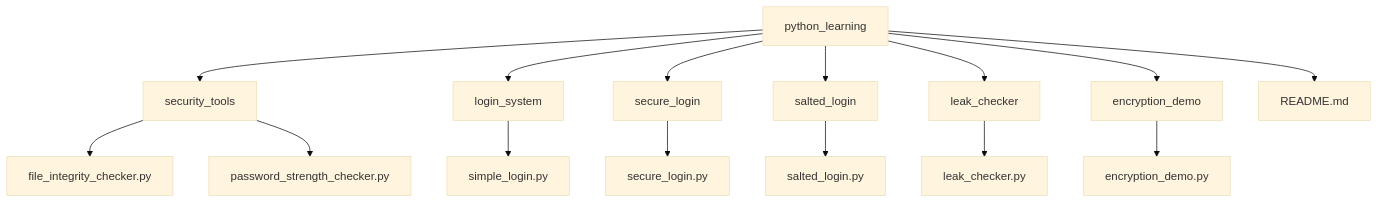
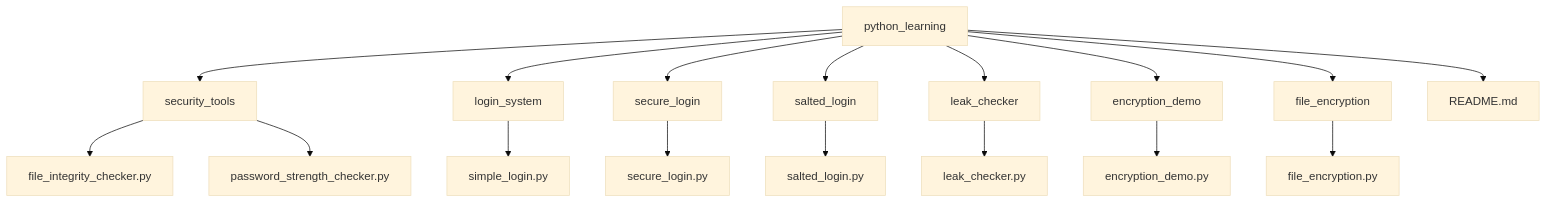
The diagram in README.md (Hawkins30/python_learning), drawn with Mermaid (base theme) before and after one commit. The commit also changed other lines of this file, not shown here.

Commit message:
Updated README with Project 8: File Encryption & Decryption and updated tables/diagram

````diff
--- a/README.md
+++ b/README.md
@@ -165,18 +183,20 @@
 ```mermaid
 graph TD
 A[python_learning] --> B[security_tools]
 A --> C[login_system]
 A --> D[secure_login]
 A --> E[salted_login]
 A --> F[leak_checker]
 A --> H[encryption_demo]
+A --> I[file_encryption]
 A --> G[README.md]
 
 B --> B1[file_integrity_checker.py]
 B --> B2[password_strength_checker.py]
 C --> C1[simple_login.py]
 D --> D1[secure_login.py]
 E --> E1[salted_login.py]
 F --> F1[leak_checker.py]
 H --> H1[encryption_demo.py]
+I --> I1[file_encryption.py]
 ```
````
